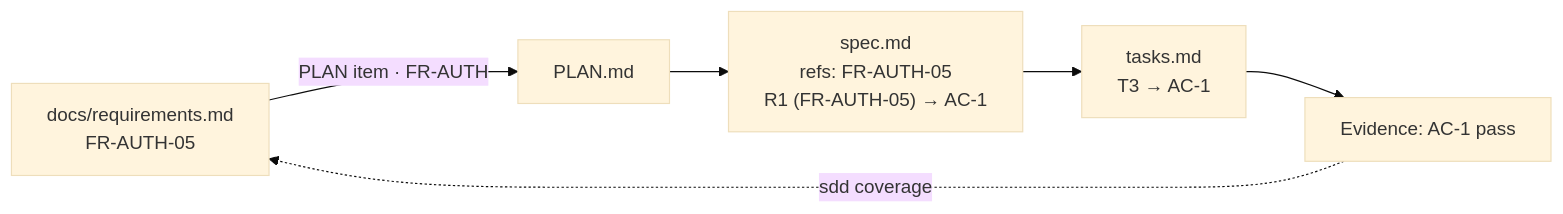
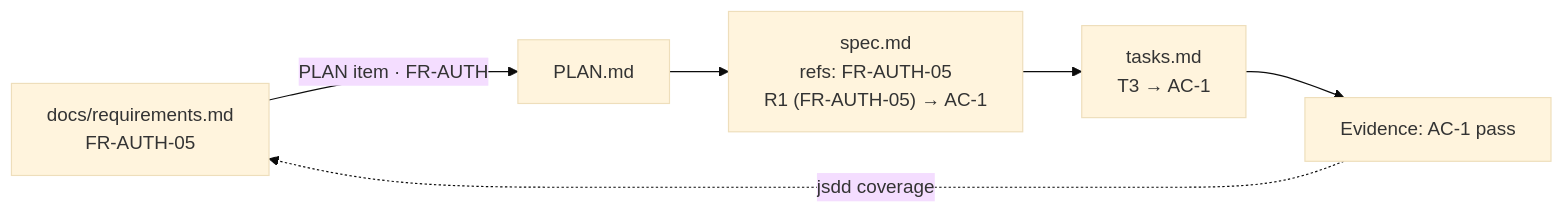
Before and after one commit to JoDi-27/JoDi-SDD: the first of 3 diagrams in starters/specs/README.md, drawn with Mermaid (base theme). The commit also changed other lines of this file and 23 other files, not shown here.

Commit message:
[meta] Rename the kit to jodi-sdd, with the plugin and CLI as jsdd

````diff
--- a/starters/specs/README.md
+++ b/starters/specs/README.md
@@ -29,7 +29,7 @@
 ```mermaid
 flowchart LR
   req["docs/requirements.md<br/>FR-AUTH-05"] -->|"PLAN item · FR-AUTH"| plan[PLAN.md]
   plan --> spec["spec.md<br/>refs: FR-AUTH-05<br/>R1 (FR-AUTH-05) → AC-1"]
   spec --> tasks["tasks.md<br/>T3 → AC-1"] --> ev["Evidence: AC-1 pass"]
-  ev -.->|"sdd coverage"| req
+  ev -.->|"jsdd coverage"| req
 ```
````
